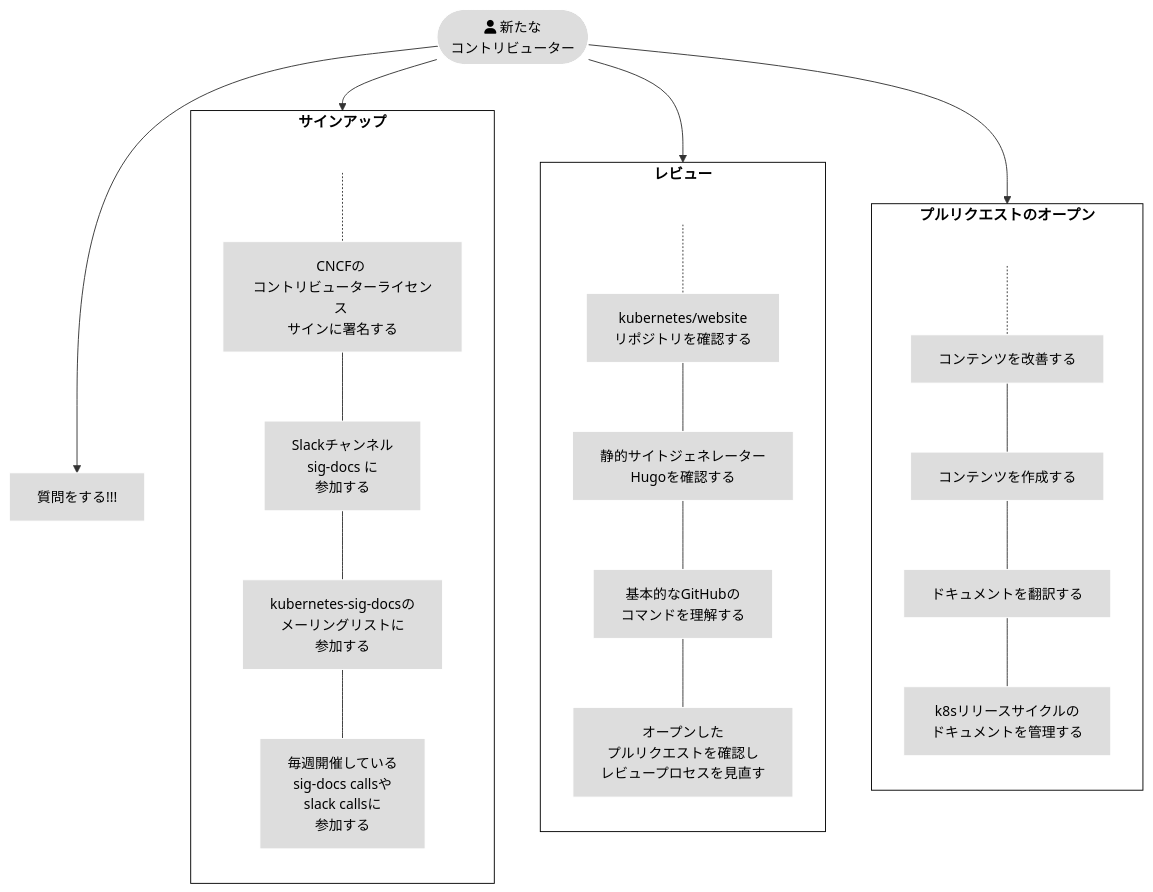
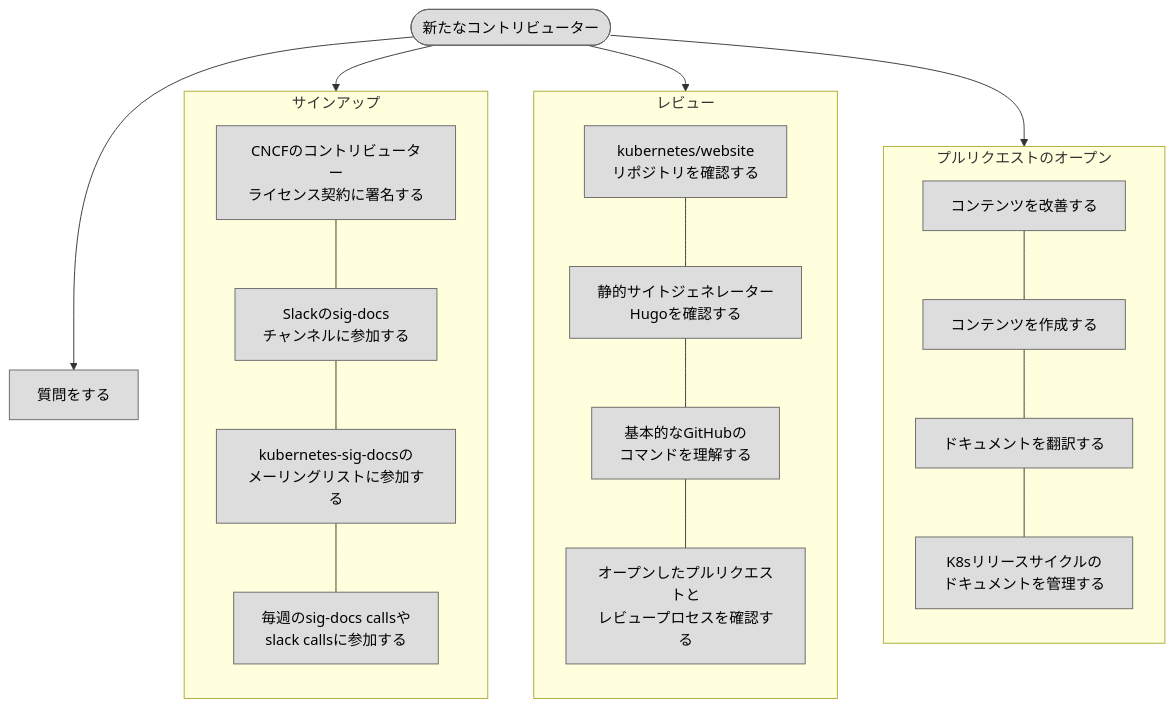
The first of 2 diagrams in content/ja/docs/contribute/docs.md (UnagamiKanta/k8s-website), drawn with Mermaid before and after one commit. The commit also changed other lines of this file, not shown here.

Commit message:
[ja] Simplify contributor Mermaid diagrams

```diff
--- a/content/ja/docs/contribute/docs.md
+++ b/content/ja/docs/contribute/docs.md
@@ -44,40 +44,31 @@
 {{< mermaid >}}
 flowchart TB
-subgraph third[プルリクエストのオープン]
-direction TB
-U[ ] -.-
-Q[コンテンツを改善する] --- N[コンテンツを作成する]
-N --- O[ドキュメントを翻訳する]
-O --- P[k8sリリースサイクルの <br>ドキュメントを管理する]
-
+subgraph first[サインアップ]
+    direction TB
+    B["CNCFのコントリビューター<br>ライセンス契約に署名する"] --- C["Slackのsig-docs<br>チャンネルに参加する"]
+    C --- V["kubernetes-sig-docsの<br>メーリングリストに参加する"]
+    V --- M["毎週のsig-docs callsや<br>slack callsに参加する"]
 end
 
 subgraph second[レビュー]
-direction TB
-   T[ ] -.-
-   D[kubernetes/website <br>リポジトリを確認する] --- E[静的サイトジェネレーター <br>Hugoを確認する]
-   E --- F[基本的なGitHubの <br>コマンドを理解する]
-   F --- G[オープンした <br>プルリクエストを確認し <br>レビュープロセスを見直す]
+    direction TB
+    D["kubernetes/website<br>リポジトリを確認する"] --- E["静的サイトジェネレーター<br>Hugoを確認する"]
+    E --- F["基本的なGitHubの<br>コマンドを理解する"]
+    F --- G["オープンしたプルリクエストと<br>レビュープロセスを確認する"]
 end
 
-subgraph first[サインアップ]
+subgraph third[プルリクエストのオープン]
     direction TB
-    S[ ] -.-
-    B[CNCFの <br>コントリビューターライセンス <br>サインに署名する] --- C[Slackチャンネル <br>sig-docs に<br>参加する]
-    C --- V[kubernetes-sig-docsの<br> メーリングリストに <br>参加する]
-    V --- M[毎週開催している <br>sig-docs callsや<br> slack callsに <br>参加する]
+    Q["コンテンツを改善する"] --- N["コンテンツを作成する"]
+    N --- O["ドキュメントを翻訳する"]
+    O --- P["K8sリリースサイクルの<br>ドキュメントを管理する"]
 end
 
-A([fa:fa-user 新たな<br>コントリビューター]) --> first
+A(["新たなコントリビューター"]) --> first
 A --> second
 A --> third
-A --> H[質問をする!!!]
+A --> H["質問をする"]
 
-
-classDef grey fill:#dddddd,stroke:#ffffff,stroke-width:px,color:#000000, font-size:15px;
-classDef white fill:#ffffff,stroke:#000,stroke-width:px,color:#000,font-weight:bold
-classDef spacewhite fill:#ffffff,stroke:#fff,stroke-width:0px,color:#000
-class A,B,C,D,E,F,G,H,M,Q,N,O,P,V grey
-class S,T,U spacewhite
-class first,second,third white
+classDef step fill:#dddddd,stroke:#666666,color:#000000
+class A,B,C,D,E,F,G,H,M,Q,N,O,P,V step
 {{< /mermaid >}}
```
